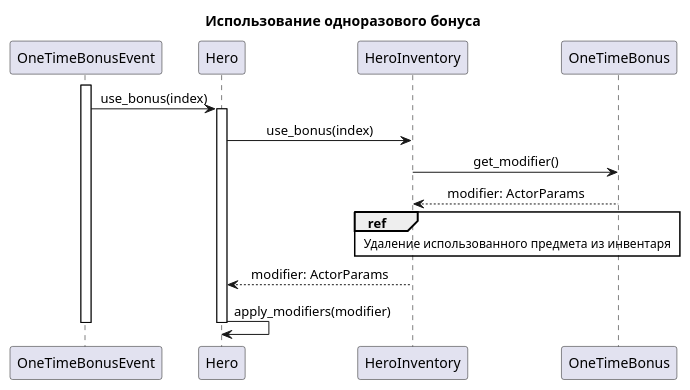
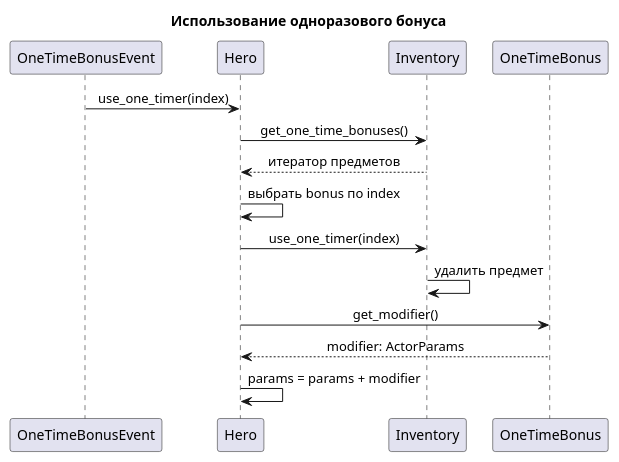
The diagram in docs/diagrams/sequence/sequence_hero_bonus.plantuml (ISArchitec/Roguelike), drawn with PlantUML before and after one commit. The commit also changed 18 other files, not shown here.

```diff
--- a/docs/diagrams/sequence/sequence_hero_bonus.plantuml
+++ b/docs/diagrams/sequence/sequence_hero_bonus.plantuml
@@ -1,25 +1,22 @@
 @startuml
 skinparam shadowing false
 skinparam sequenceParticipant roundCorner 0
 skinparam sequenceLifeLineBorderColor black
 skinparam sequenceLifeLineBackgroundColor white
 skinparam sequenceMessageAlign center
 title Использование одноразового бонуса
 
 participant OneTimeBonusEvent as Event
 participant Hero
-participant HeroInventory as Inventory
+participant Inventory
 participant OneTimeBonus as Bonus
-
-activate Event
-Event -> Hero: use_bonus(index)
-activate Hero
-Hero -> Inventory: use_bonus(index)
-Inventory -> Bonus: get_modifier()
-Bonus --> Inventory: modifier: ActorParams
-ref over Inventory, Bonus: Удаление использованного предмета из инвентаря
-Inventory --> Hero: modifier: ActorParams
-Hero -> Hero: apply_modifiers(modifier)
-deactivate Hero
-deactivate Event
+Event -> Hero: use_one_timer(index)
+Hero -> Inventory: get_one_time_bonuses()
+Inventory --> Hero: итератор предметов
+Hero -> Hero: выбрать bonus по index
+Hero -> Inventory: use_one_timer(index)
+Inventory -> Inventory: удалить предмет
+Hero -> Bonus: get_modifier()
+Bonus --> Hero: modifier: ActorParams
+Hero -> Hero: params = params + modifier
 @enduml
```
